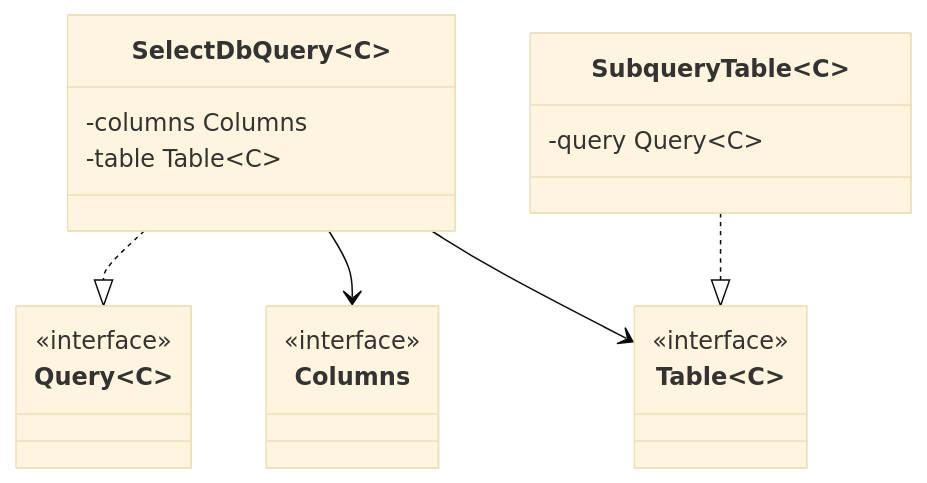
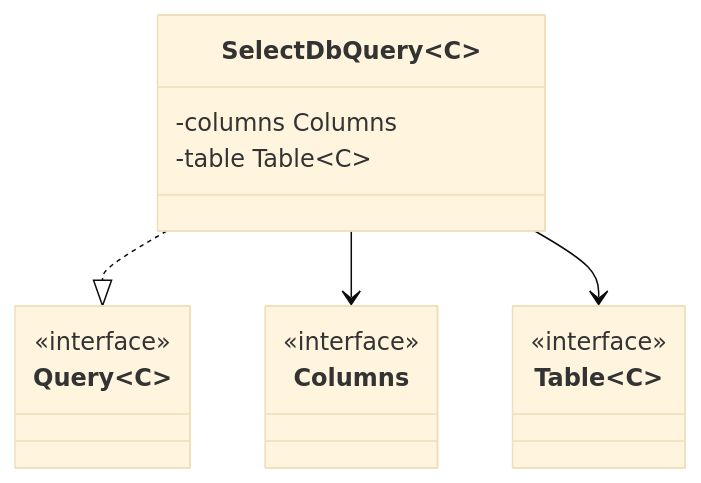
One commit to safarislava/QueryBricks changed the sixth of 10 diagrams in docs/domain.md. Above: the diagram before and after it, drawn with Mermaid (base theme). The commit also changed other lines of this file, not shown here.

````diff
--- a/docs/domain.md
+++ b/docs/domain.md
@@ -127,29 +148,24 @@
 ```mermaid
 classDiagram
     class Table~C~ {
         <<interface>>
     }
 
     class Columns {
         <<interface>>
     }
 
     class Query~C~ {
         <<interface>>
     }
 
     class SelectDbQuery~C~ {
         -columns Columns
         -table Table~C~
     }
     SelectDbQuery ..|> Query
     SelectDbQuery --> Columns
     SelectDbQuery --> Table
 
-    class SubqueryTable~C~ {
-        -query Query~C~
-    }
-    SubqueryTable ..|> Table
-
     %% алиасы для таблиц
 ```
````
